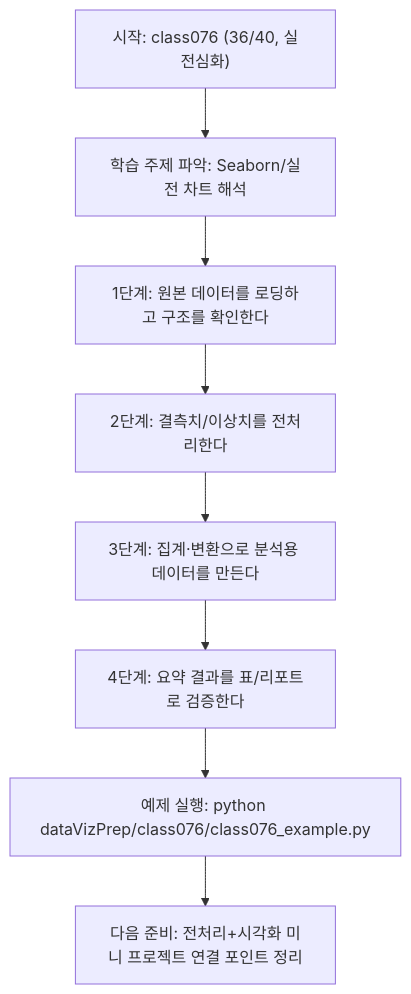
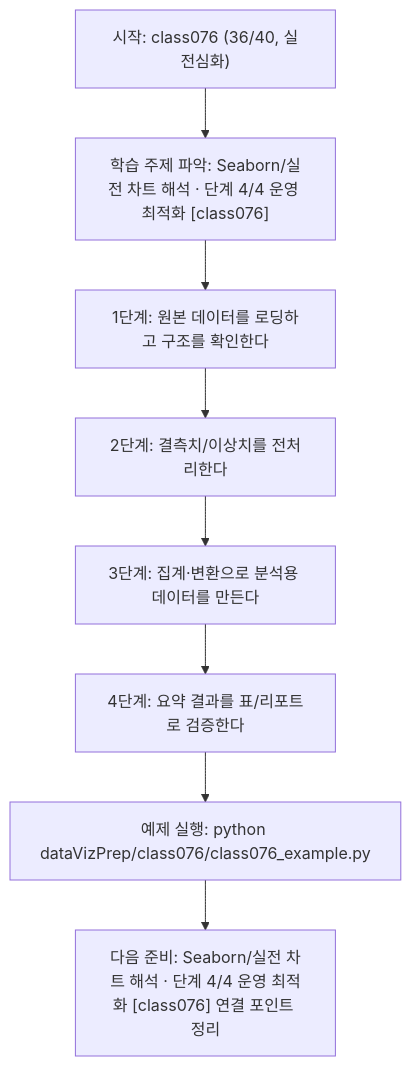
The diagram in dataVizPrep/class076/class076.md (edumgt/Python-AI_Agent-Class), drawn with Mermaid before and after one commit. The commit also changed other lines of this file and 522 other files, not shown here.

````diff
--- a/dataVizPrep/class076/class076.md
+++ b/dataVizPrep/class076/class076.md
@@ -111,18 +112,18 @@
 ```mermaid
 flowchart TD
 N1["시작: class076 (36/40, 실전심화)"]
-N2["학습 주제 파악: Seaborn/실전 차트 해석"]
+N2["학습 주제 파악: Seaborn/실전 차트 해석 · 단계 4/4 운영 최적화 [class076]"]
 N3["1단계: 원본 데이터를 로딩하고 구조를 확인한다"]
 N4["2단계: 결측치/이상치를 전처리한다"]
 N5["3단계: 집계·변환으로 분석용 데이터를 만든다"]
 N6["4단계: 요약 결과를 표/리포트로 검증한다"]
 N7["예제 실행: python dataVizPrep/class076/class076_example.py"]
-N8["다음 준비: 전처리+시각화 미니 프로젝트 연결 포인트 정리"]
+N8["다음 준비: Seaborn/실전 차트 해석 · 단계 4/4 운영 최적화 [class076] 연결 포인트 정리"]
 N1 --> N2
 N2 --> N3
 N3 --> N4
 N4 --> N5
 N5 --> N6
 N6 --> N7
 N7 --> N8
 ```
````
